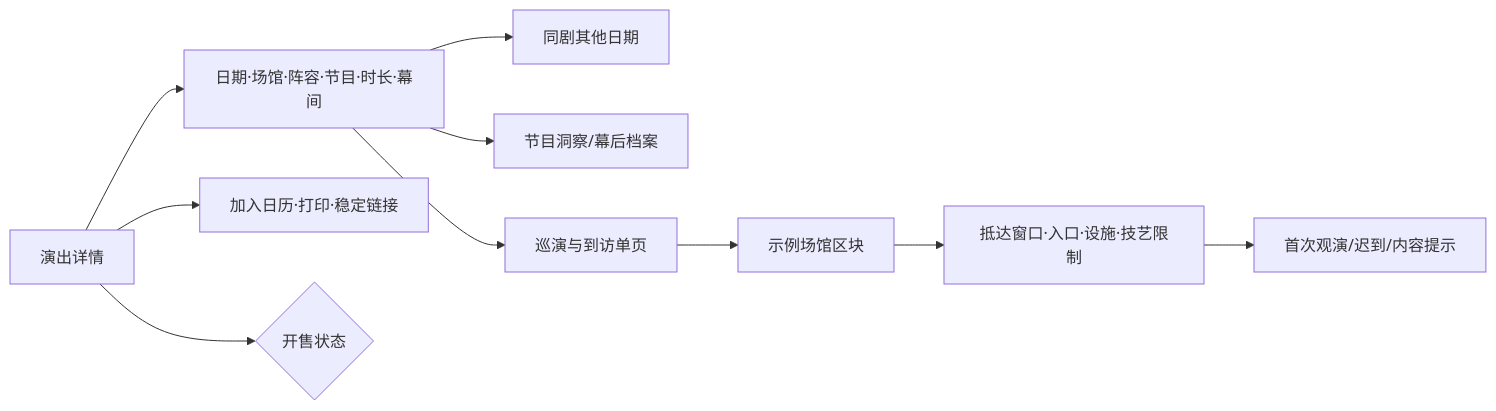
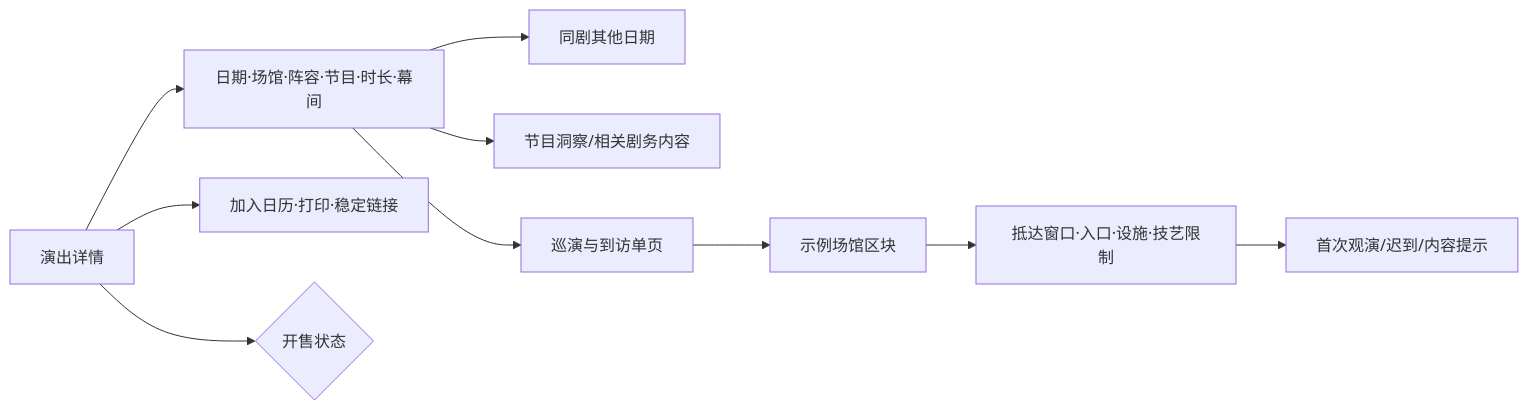
Before and after one commit to Selloryebir/crimson_troupe: the diagram in docs/blueprint/03_journeys/maps/02_演出详情与到访.mmd, drawn with Mermaid. The commit also changed 45 other files, not shown here.

```diff
--- a/docs/blueprint/03_journeys/maps/02_演出详情与到访.mmd
+++ b/docs/blueprint/03_journeys/maps/02_演出详情与到访.mmd
@@ -1,10 +1,10 @@
 flowchart LR
   Detail[演出详情] --> Facts[日期·场馆·阵容·节目·时长·幕间]
   Facts --> Other[同剧其他日期]
-  Facts --> Insights[节目洞察/幕后档案]
+  Facts --> Insights[节目洞察/相关剧务内容]
   Facts --> Visit[巡演与到访单页]
   Visit --> Venue[示例场馆区块]
   Venue --> Arrival[抵达窗口·入口·设施·技艺限制]
   Arrival --> First[首次观演/迟到/内容提示]
   Detail --> Calendar[加入日历·打印·稳定链接]
   Detail --> CTA{开售状态}
```
